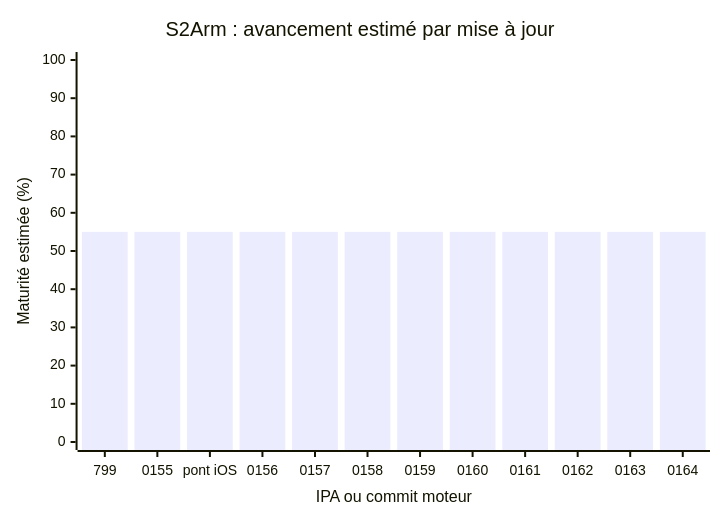
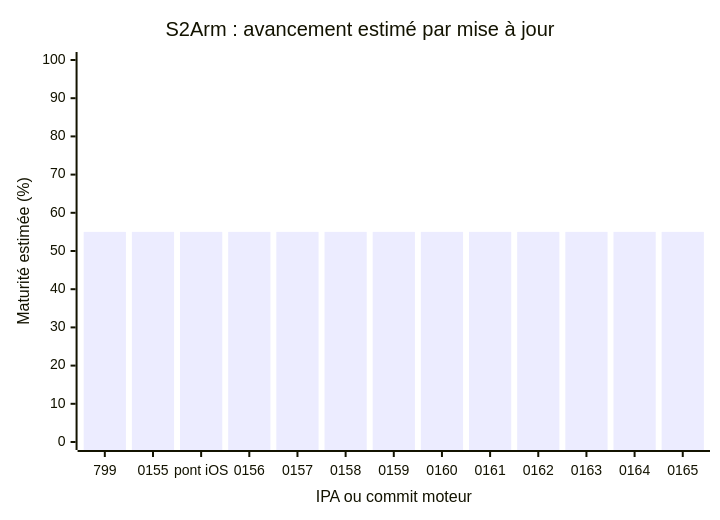
One commit to TarbleFR/RewindBox changed the diagram in docs/AI_TASK_BOARD.md. Above: the diagram before and after it, drawn with Mermaid. The commit also changed other lines of this file and 3 other files, not shown here.

````diff
--- a/docs/AI_TASK_BOARD.md
+++ b/docs/AI_TASK_BOARD.md
@@ -24,7 +23,7 @@
 ```mermaid
 xychart-beta
     title "S2Arm : avancement estimé par mise à jour"
-    x-axis "IPA ou commit moteur" ["799", "0155", "pont iOS", "0156", "0157", "0158", "0159", "0160", "0161", "0162", "0163", "0164"]
+    x-axis "IPA ou commit moteur" ["799", "0155", "pont iOS", "0156", "0157", "0158", "0159", "0160", "0161", "0162", "0163", "0164", "0165"]
     y-axis "Maturité estimée (%)" 0 --> 100
-    bar [55, 55, 55, 55, 55, 55, 55, 55, 55, 55, 55, 55]
+    bar [55, 55, 55, 55, 55, 55, 55, 55, 55, 55, 55, 55, 55]
 ```
````
